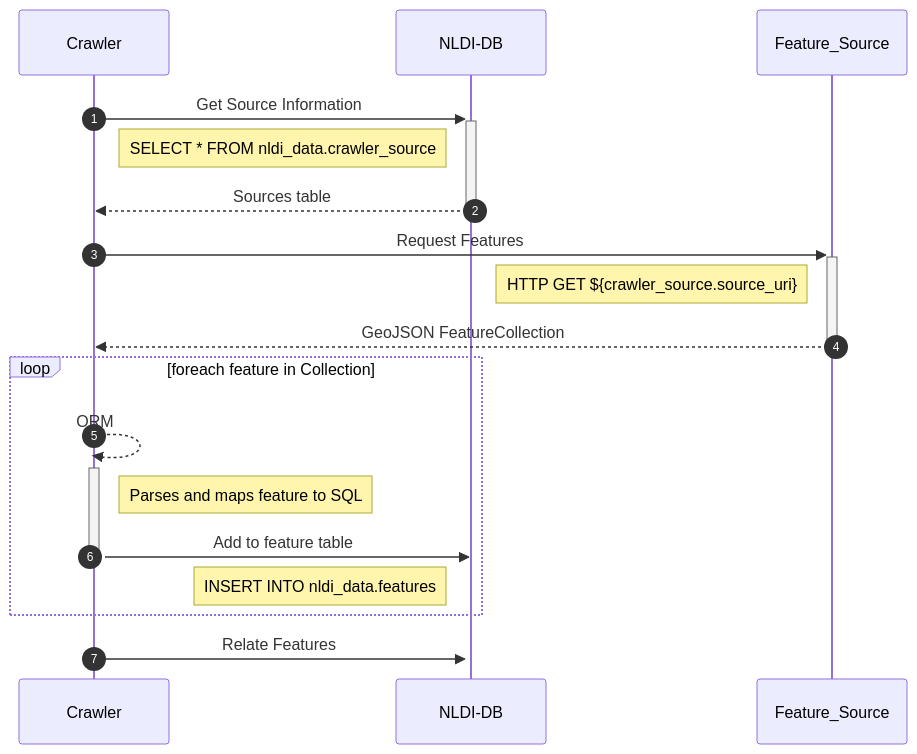
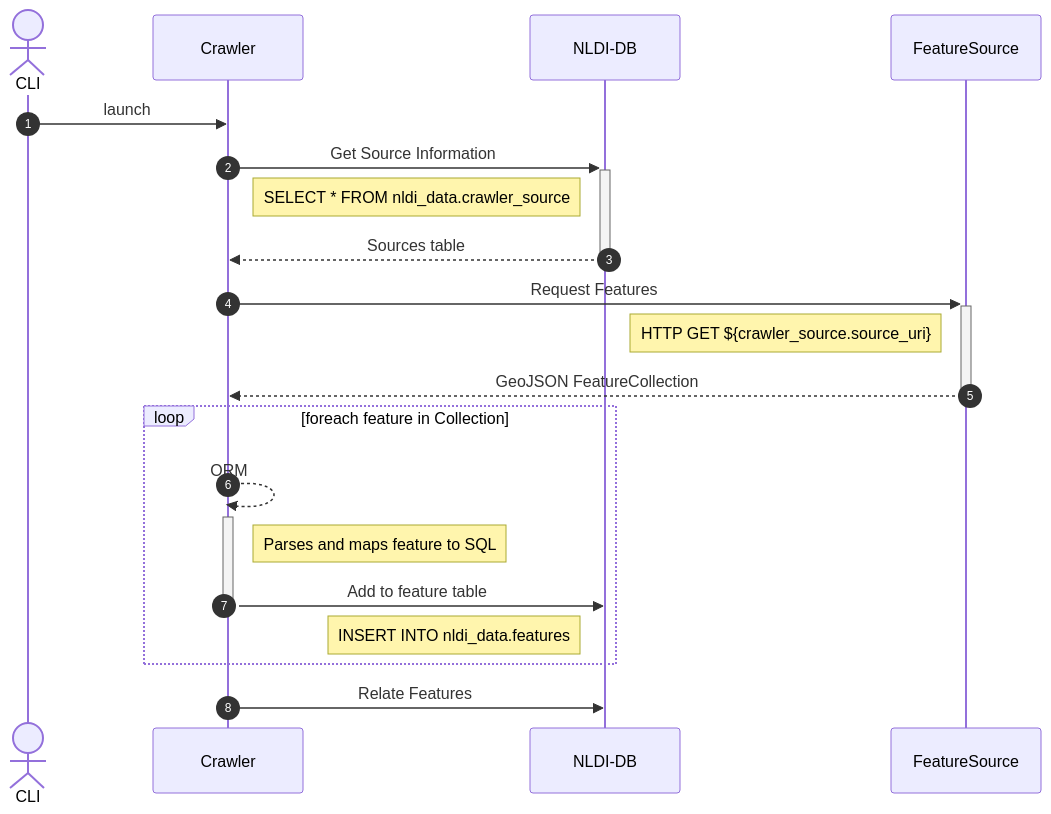
Before and after one commit to internetofwater/nldi-crawler: the diagram in docs/workflow.md, drawn with Mermaid. The commit also changed other lines of this file, not shown here.

````diff
--- a/docs/workflow.md
+++ b/docs/workflow.md
@@ -7,26 +7,28 @@
 ```mermaid
 %%{init: {
     "theme": "default",
     "mid-width": 2500,
     "max-width": 5000,
     "sequence": {"showSequenceNumbers": true }
     }
 }%%
 sequenceDiagram
+    actor CLI
+    CLI->>Crawler: launch
     Crawler->>+NLDI-DB: Get Source Information
     Note left of NLDI-DB: SELECT * FROM nldi_data.crawler_source
     NLDI-DB-->>-Crawler: Sources table
 
-    Crawler->>+Feature_Source: Request Features
-    Note left of Feature_Source: HTTP GET ${crawler_source.source_uri}
-    Feature_Source-->>-Crawler: GeoJSON FeatureCollection
+    Crawler->>+FeatureSource: Request Features
+    Note left of FeatureSource: HTTP GET ${crawler_source.source_uri}
+    FeatureSource-->>-Crawler: GeoJSON FeatureCollection
     loop foreach feature in Collection
         Crawler-->>+Crawler: ORM
         Note right of Crawler: Parses and maps feature to SQL
         Crawler->>-NLDI-DB: Add to feature table
         Note left of NLDI-DB: INSERT INTO nldi_data.features
     end
-    Crawler->>+NLDI-DB: Relate Features
+    Crawler->>NLDI-DB: Relate Features
 
     %NLDI-DB-->>-Crawler: Success
 ```
````
